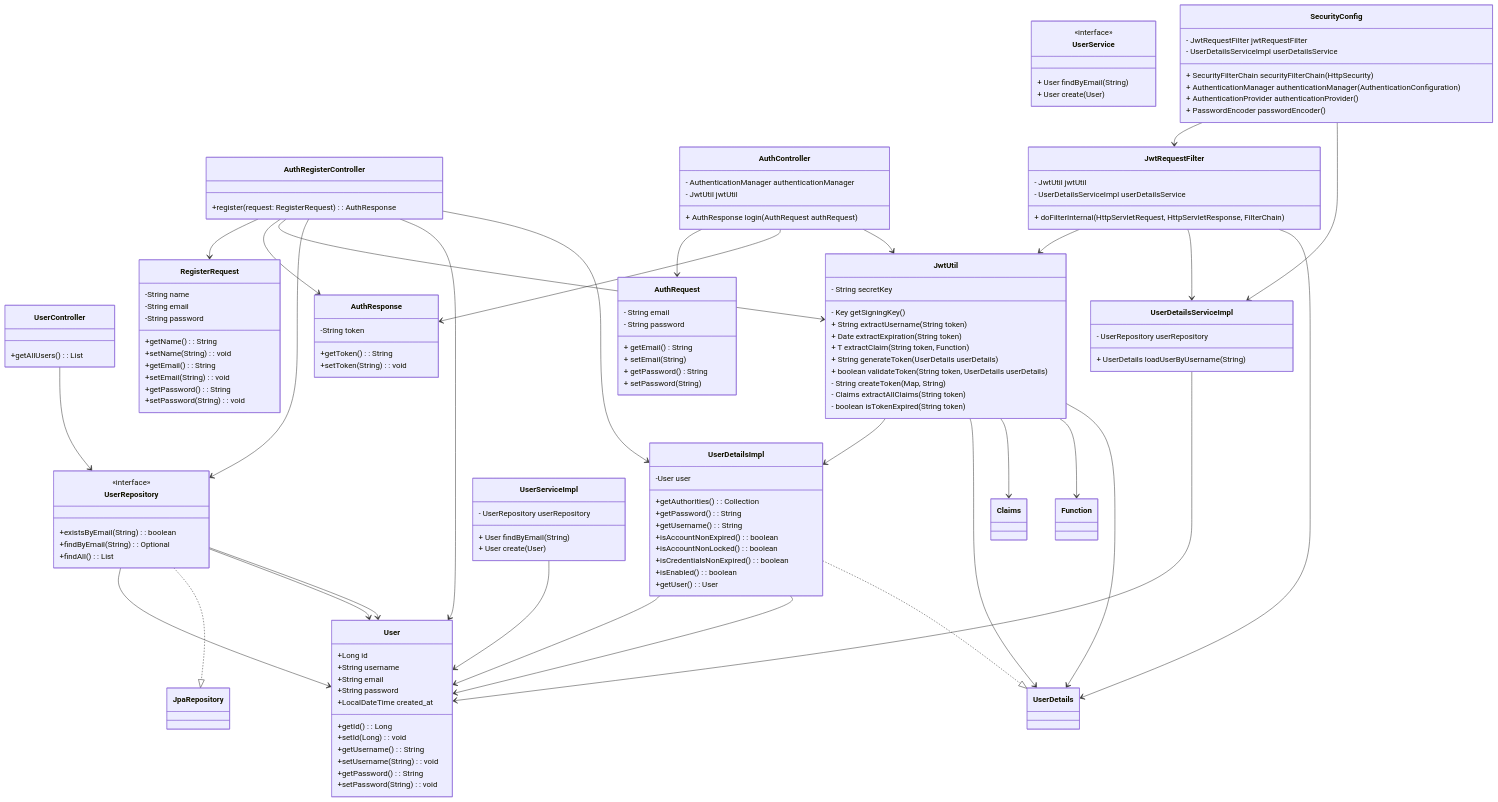
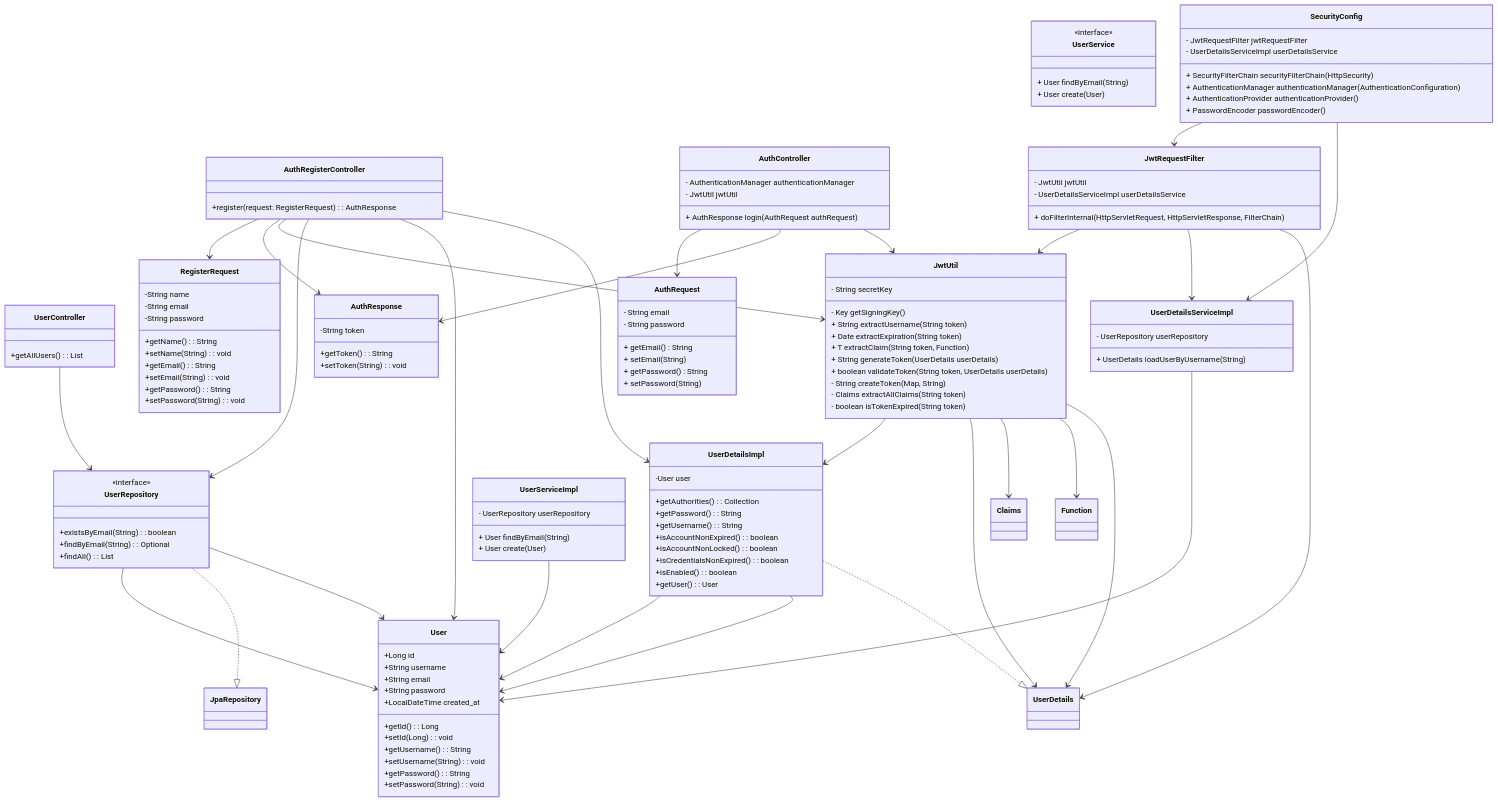
One commit to andrechamelete/flow-management changed the diagram in README.md. Above: the diagram before and after it, drawn with Mermaid.

Commit message:
Update README.md with mermaid notation

```diff
--- a/README.md
+++ b/README.md
@@ -143,7 +143,6 @@
     UserRepository --> User
     UserRepository ..|> JpaRepository
     UserController --> UserRepository
-    UserRepository --> User
 
     AuthController --> AuthRequest
     AuthController --> AuthResponse
```
